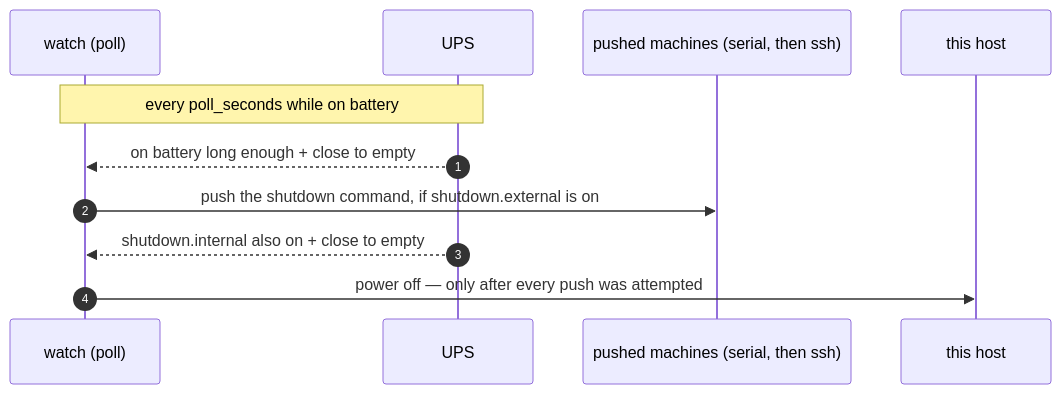
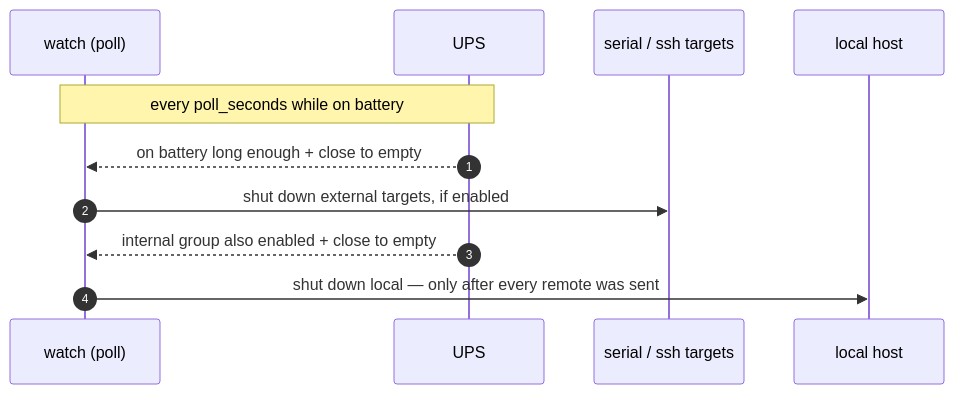
The third of 3 diagrams in README.md (kleinpanic/ups-orchestrator), drawn with Mermaid before and after one commit. The commit also changed other lines of this file and 4 other files, not shown here.

````diff
--- a/README.md
+++ b/README.md
@@ -223,13 +126,13 @@
 ```mermaid
 sequenceDiagram
     autonumber
     participant W as watch (poll)
     participant U as UPS
-    participant R as pushed machines (serial, then ssh)
-    participant L as this host
+    participant R as serial / ssh targets
+    participant L as local host
     Note over W,U: every poll_seconds while on battery
     U-->>W: on battery long enough + close to empty
-    W->>R: push the shutdown command, if shutdown.external is on
-    U-->>W: shutdown.internal also on + close to empty
-    W->>L: power off — only after every push was attempted
+    W->>R: shut down external targets, if enabled
+    U-->>W: internal group also enabled + close to empty
+    W->>L: shut down local — only after every remote was sent
 ```
````
